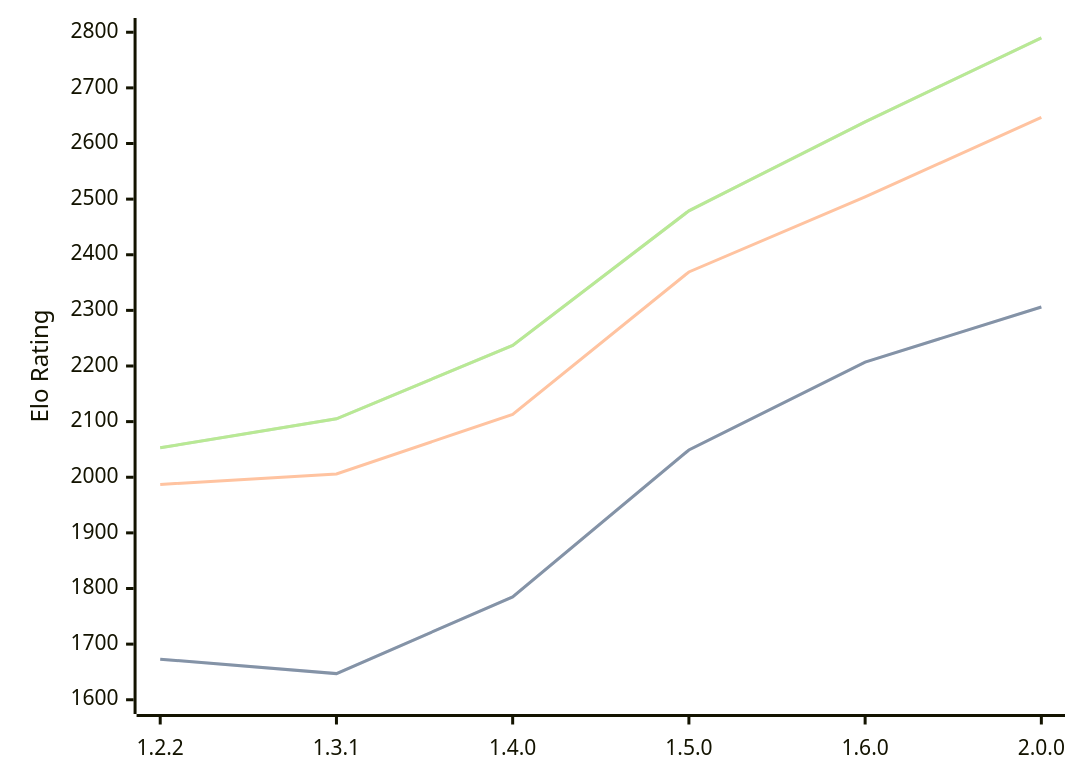
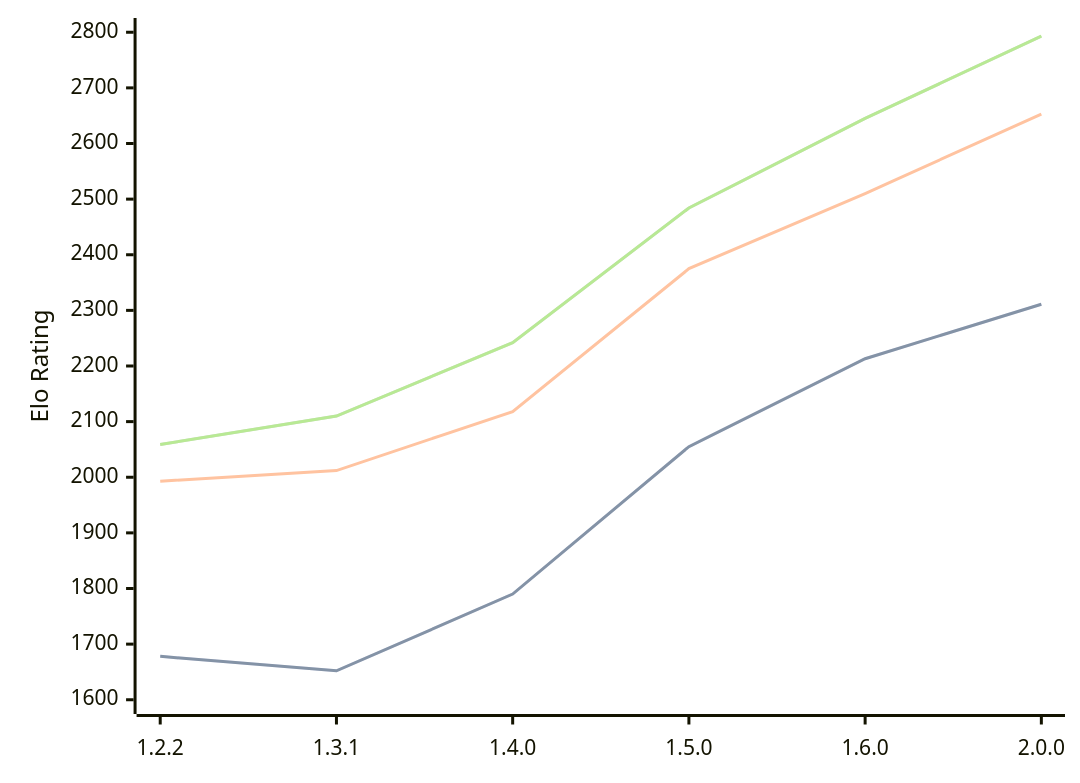
Before and after one commit to computer-chess-index/cci: the diagram in engines/SoloEngine.md, drawn with Mermaid. The commit also changed other lines of this file, not shown here.

Commit message:
Update CCI Ratings (ELO VLTC) - 2026-04-14

````diff
--- a/engines/SoloEngine.md
+++ b/engines/SoloEngine.md
@@ -36,11 +36,11 @@
 ```mermaid
 %%{init: {"theme":"base","themeVariables":{"seriesColors:['#a3a3a3','#222221','#faa371']}}}%%
 xychart-beta
   x-axis ["1.2.2", "1.3.1", "1.4.0", "1.5.0", "1.6.0", "2.0.0"]
   y-axis "Elo Rating" 1600 --> 2800
-  line "STC (8.0+0.08s)" [1673, 1647, 1785, 2049, 2207, 2306]
-  line "STC (8.0+0.08s)" [1673, 1647, 1785, 2049, 2207, 2306]
-  line "LTC (60.0+0.60s)" [1987, 2006, 2113, 2369, 2504, 2647]
-  line "VLTC (2m24s+1.12s)" [2053, 2105, 2237, 2479, 2639, 2790]
-  line "VLTC (2m24s+1.12s)" [2053, 2105, 2237, 2479, 2639, 2790]
+  line "STC (8.0+0.08s)" [1678, 1652, 1790, 2055, 2213, 2311]
+  line "STC (8.0+0.08s)" [1678, 1652, 1790, 2055, 2213, 2311]
+  line "LTC (60.0+0.60s)" [1993, 2012, 2118, 2375, 2510, 2653]
+  line "VLTC (2m24s+1.12s)" [2059, 2110, 2242, 2484, 2645, 2793]
+  line "VLTC (2m24s+1.12s)" [2059, 2110, 2242, 2484, 2645, 2793]
 ```
````
